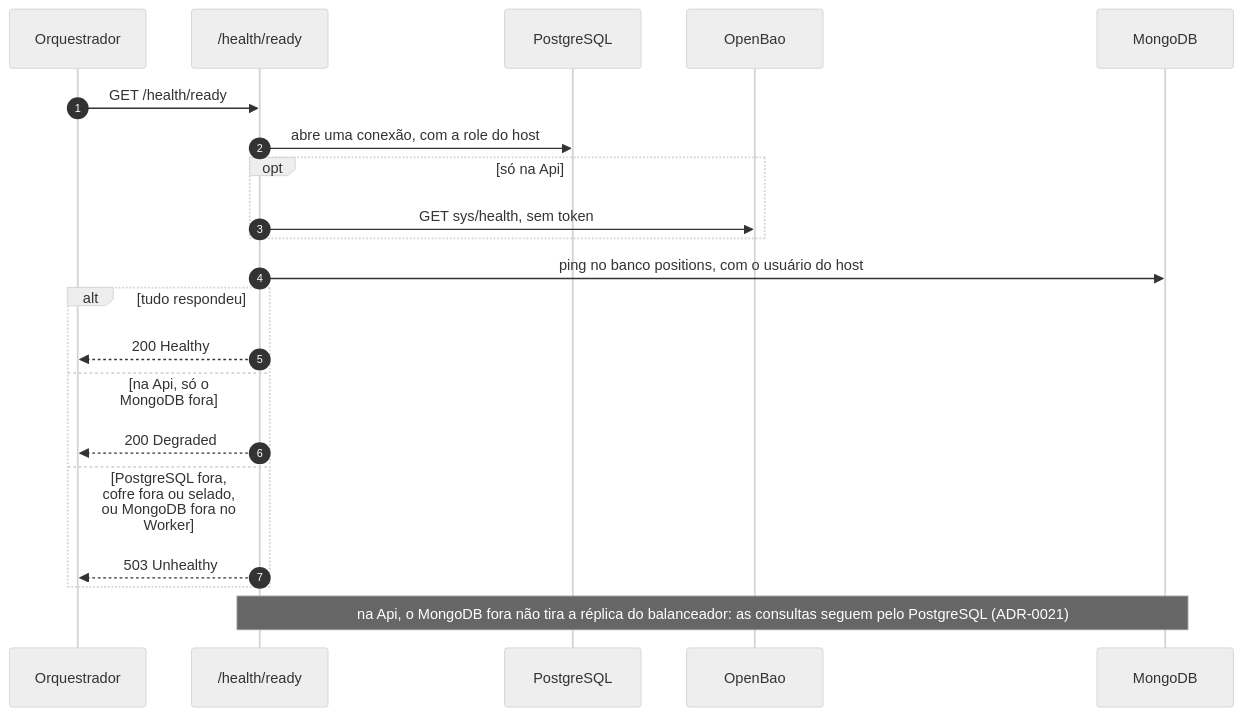
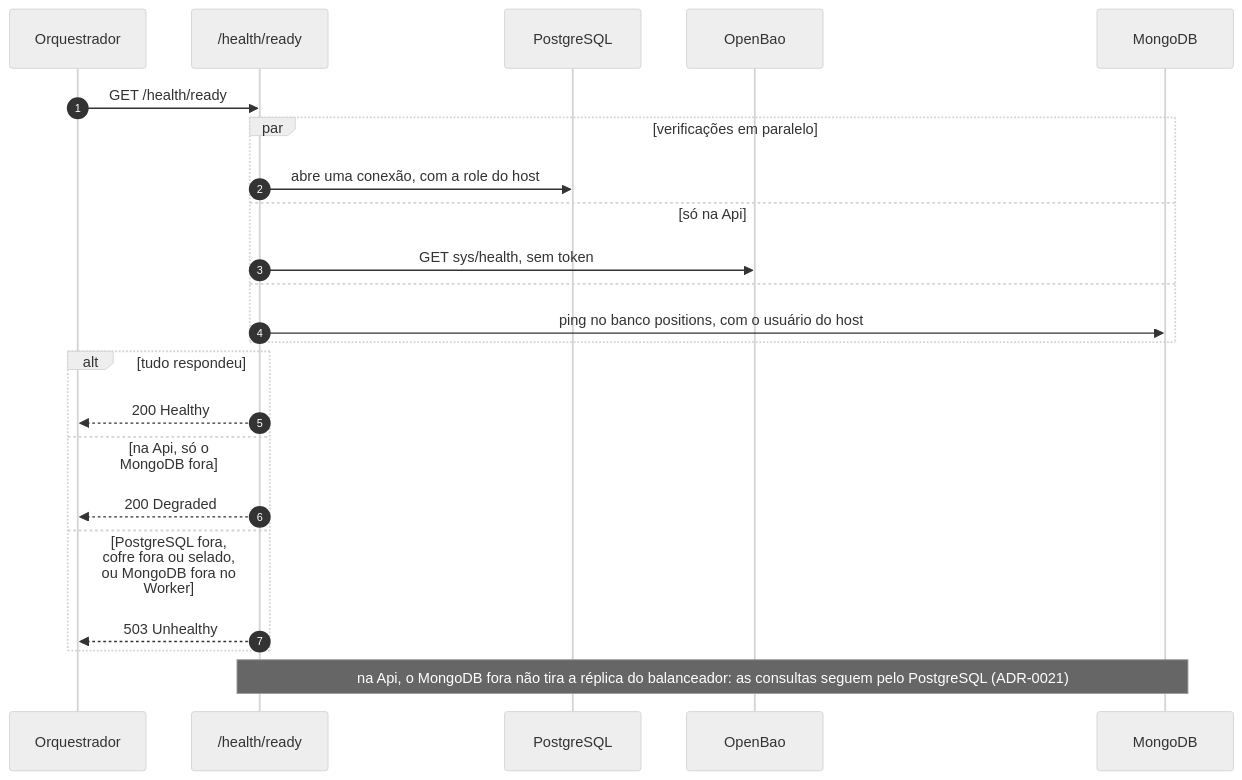
The third of 3 diagrams in docs/arquitetura/README.md (arthuurw/desafio-arquiteto-keyrus), drawn with Mermaid (neutral theme) before and after one commit.

Commit message:
docs: draw the readiness checks as parallel
refs #8

````diff
--- a/docs/arquitetura/README.md
+++ b/docs/arquitetura/README.md
@@ -204,24 +204,26 @@
 ```mermaid
 sequenceDiagram
   autonumber
   participant O as Orquestrador
   participant R as /health/ready
   participant PG as PostgreSQL
   participant V as OpenBao
   participant M as MongoDB
 
   O->>R: GET /health/ready
-  R->>PG: abre uma conexão, com a role do host
-  opt só na Api
+  par verificações em paralelo
+    R->>PG: abre uma conexão, com a role do host
+  and só na Api
     R->>V: GET sys/health, sem token
+  and
+    R->>M: ping no banco positions, com o usuário do host
   end
-  R->>M: ping no banco positions, com o usuário do host
   alt tudo respondeu
     R-->>O: 200 Healthy
   else na Api, só o MongoDB fora
     R-->>O: 200 Degraded
   else PostgreSQL fora, cofre fora ou selado, ou MongoDB fora no Worker
     R-->>O: 503 Unhealthy
   end
   Note over R,M: na Api, o MongoDB fora não tira a réplica do balanceador: as consultas seguem pelo PostgreSQL (ADR-0021)
 ```
````
